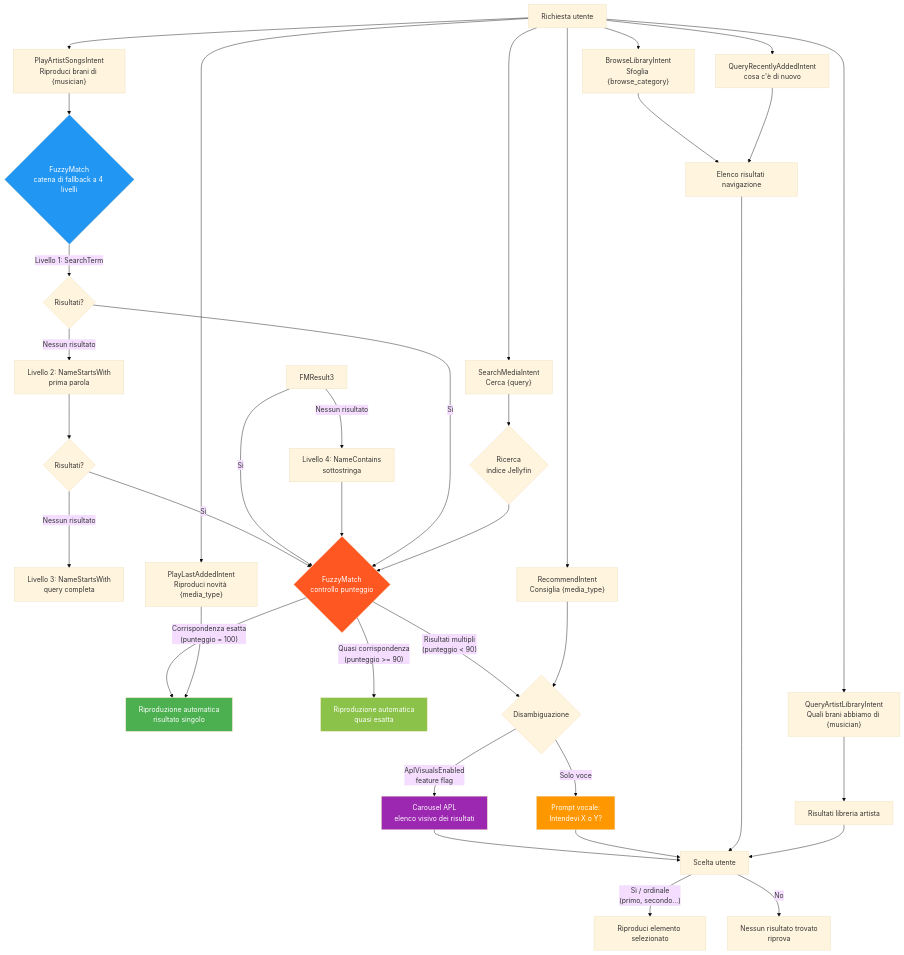
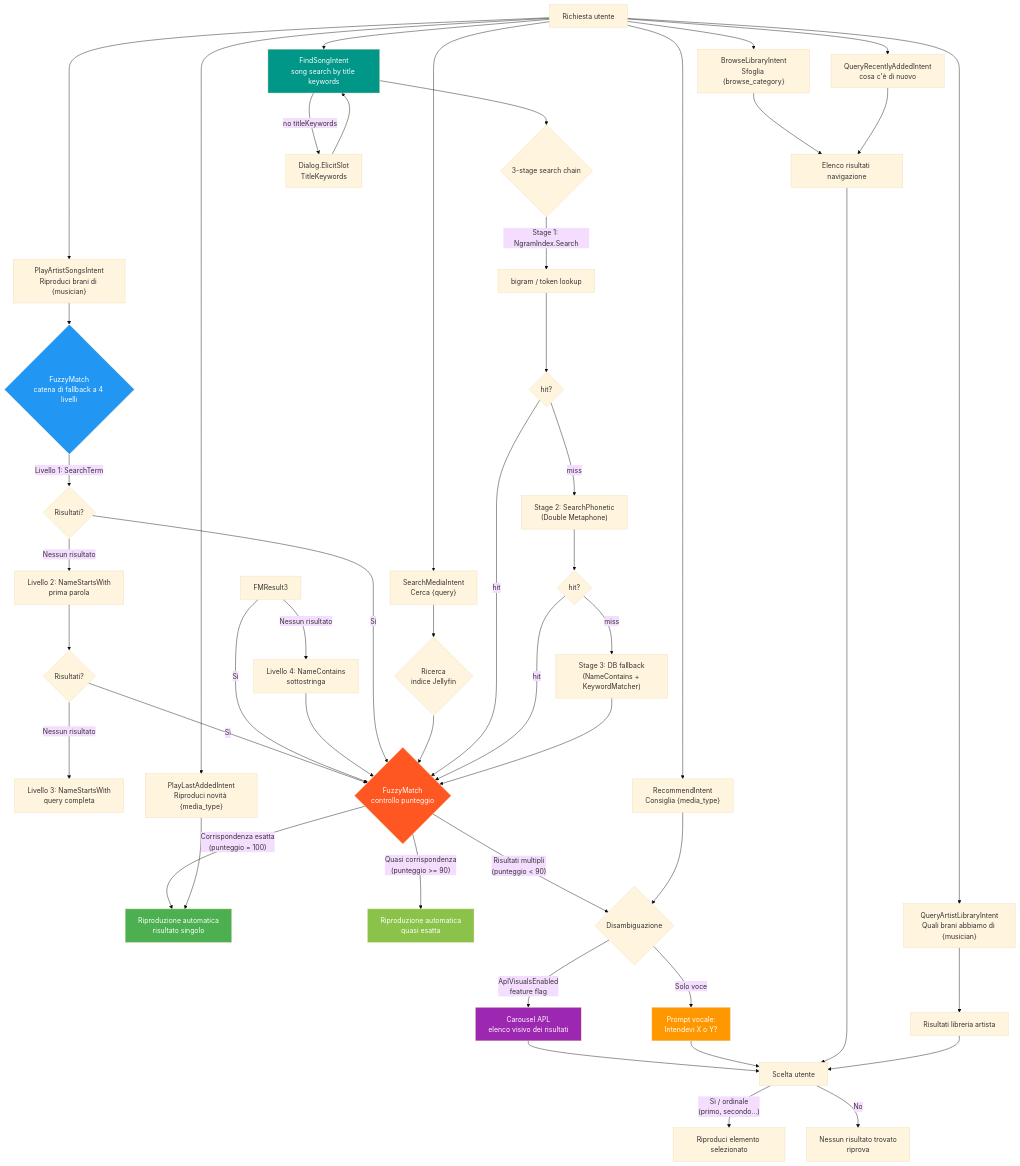
The diagram in docs/search-disambiguation-it-IT.md (paoloantinori/jellyfin-alexa-plugin), drawn with Mermaid (base theme) before and after one commit. The commit also changed 17 other files, not shown here.

First line of the commit message:
docs(explorer): add FindSong flow to search-disambiguation diagrams (JF-303)

````diff
--- a/docs/search-disambiguation-it-IT.md
+++ b/docs/search-disambiguation-it-IT.md
@@ -3,59 +3,74 @@
 ```mermaid
 graph TD
     Start["Richiesta utente"] --> PlayArtist["PlayArtistSongsIntent<br/>Riproduci brani di {musician}"]
     Start --> SearchMedia["SearchMediaIntent<br/>Cerca {query}"]
 
     PlayArtist --> FuzzyMatch{"FuzzyMatch<br/>catena di fallback a 4 livelli"}
     SearchMedia --> SearchDB{"Ricerca<br/>indice Jellyfin"}
 
     FuzzyMatch -->|"Livello 1: SearchTerm"| FMResult{"Risultati?"}
     FMResult -->|"Nessun risultato"| Tier2["Livello 2: NameStartsWith<br/>prima parola"]
     Tier2 --> FMResult2{"Risultati?"}
     FMResult2 -->|"Nessun risultato"| Tier3["Livello 3: NameStartsWith<br/>query completa"]
     FMResult3 -->|"Nessun risultato"| Tier4["Livello 4: NameContains<br/>sottostringa"]
     FMResult2 -->|"Sì"| ScoreCheck
     FMResult3 -->|"Sì"| ScoreCheck
     Tier4 --> ScoreCheck
     FMResult -->|"Sì"| ScoreCheck
 
     SearchDB --> ScoreCheck
 
     ScoreCheck{"FuzzyMatch<br/>controllo punteggio"}
     ScoreCheck -->|"Corrispondenza esatta<br/>(punteggio = 100)"| AutoPlay["Riproduzione automatica<br/>risultato singolo"]
     ScoreCheck -->|"Quasi corrispondenza<br/>(punteggio >= 90)"| AutoPlayNear["Riproduzione automatica<br/>quasi esatta"]
     ScoreCheck -->|"Risultati multipli<br/>(punteggio < 90)"| Disambig{"Disambiguazione"}
 
     Disambig -->|"AplVisualsEnabled<br/>feature flag"| Carousel["Carousel APL<br/>elenco visivo dei risultati"]
     Disambig -->|"Solo voce"| VoicePrompt["Prompt vocale:<br/>Intendevi X o Y?"]
 
     Carousel --> UserChoice["Scelta utente"]
     VoicePrompt --> UserChoice
 
     UserChoice -->|"Sì / ordinale<br/>(primo, secondo...)"| PlaySelected["Riproduci elemento selezionato"]
     UserChoice -->|"No"| NoMatch["Nessun risultato trovato<br/>riprova"]
 
     Start --> BrowseLib["BrowseLibraryIntent<br/>Sfoglia {browse_category}"]
     Start --> QueryArtist["QueryArtistLibraryIntent<br/>Quali brani abbiamo di {musician}"]
 
     BrowseLib --> BrowseResults["Elenco risultati navigazione"]
     QueryArtist --> ArtistResults["Risultati libreria artista"]
 
     BrowseResults --> UserChoice
     ArtistResults --> UserChoice
 
     Start --> PlayLast["PlayLastAddedIntent<br/>Riproduci novità {media_type}"]
     Start --> RecentQuery["QueryRecentlyAddedIntent<br/>cosa c'è di nuovo"]
 
     PlayLast --> AutoPlay
     RecentQuery --> BrowseResults
 
     Start --> Recommend["RecommendIntent<br/>Consiglia {media_type}"]
     Recommend --> Disambig
 
+
+    Start --> FindSong["FindSongIntent<br/>song search by title keywords"]
+    FindSong --> SongChain{"3-stage search chain"}
+    SongChain -->|"Stage 1: NgramIndex.Search"| Ngram["bigram / token lookup"]
+    Ngram --> ChainHit{"hit?"}
+    ChainHit -->|"miss"| Phonetic["Stage 2: SearchPhonetic<br/>(Double Metaphone)"]
+    Phonetic --> ChainHit2{"hit?"}
+    ChainHit2 -->|"miss"| DbFallback["Stage 3: DB fallback<br/>(NameContains + KeywordMatcher)"]
+    ChainHit -->|"hit"| ScoreCheck
+    ChainHit2 -->|"hit"| ScoreCheck
+    DbFallback --> ScoreCheck
+    FindSong -->|"no titleKeywords"| ElicitSong["Dialog.ElicitSlot<br/>TitleKeywords"]
+    ElicitSong --> FindSong
+    style FindSong fill:#009688,color:#fff
+
     style AutoPlay fill:#4CAF50,color:#fff
     style AutoPlayNear fill:#8BC34A,color:#fff
     style Carousel fill:#9C27B0,color:#fff
     style VoicePrompt fill:#FF9800,color:#fff
     style FuzzyMatch fill:#2196F3,color:#fff
     style ScoreCheck fill:#FF5722,color:#fff
 ```
````
